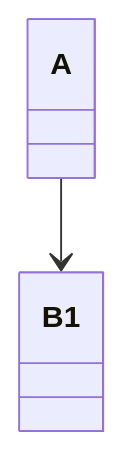
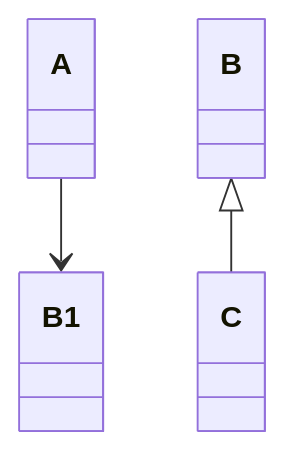
Before and after one commit to xShokan/xShokan.github.io: the first of 2 diagrams in _posts/2022-05-06-Test.markdown, drawn with Mermaid. The commit also changed other lines of this file and 2 other files, not shown here.

````diff
--- a/_posts/2022-05-06-Test.markdown
+++ b/_posts/2022-05-06-Test.markdown
@@ -13,4 +13,5 @@
 ```mermaid
 classDiagram
 A-->B1
+B<|--C
 ```
````
